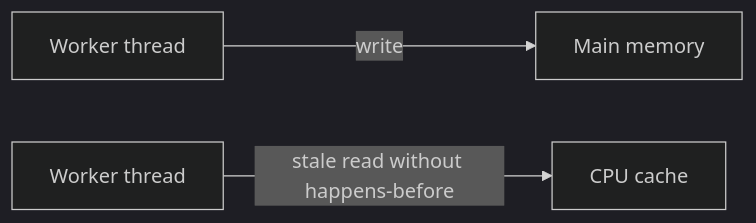
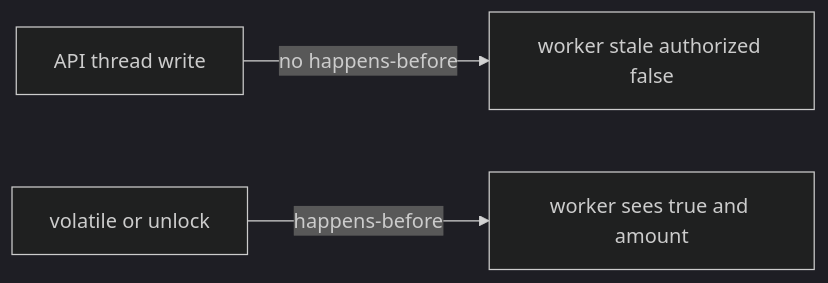
One commit to bayareala8s/training changed the diagram in Advanced-Enterprise-Java-Engineering/diagrams/java/AEJE-D-005.source.md. Above: the diagram before and after it, drawn with Mermaid (dark theme). The commit also changed other lines of this file and 20 other files, not shown here.

First line of the commit message:
Add L-2.1 thread and JMM teaching pictures students can read left to right.

````diff
--- a/Advanced-Enterprise-Java-Engineering/diagrams/java/AEJE-D-005.source.md
+++ b/Advanced-Enterprise-Java-Engineering/diagrams/java/AEJE-D-005.source.md
@@ -8,5 +7,5 @@
 ```mermaid
 flowchart LR
-  T1[Worker thread] -->|write| Main[Main memory]
-  T2[Worker thread] -->|stale read without happens-before| Cache[CPU cache]
+  T1[API thread write] -->|no happens-before| Cache[worker stale authorized false]
+  T1b[volatile or unlock] -->|happens-before| Main[worker sees true and amount]
 ```
````
